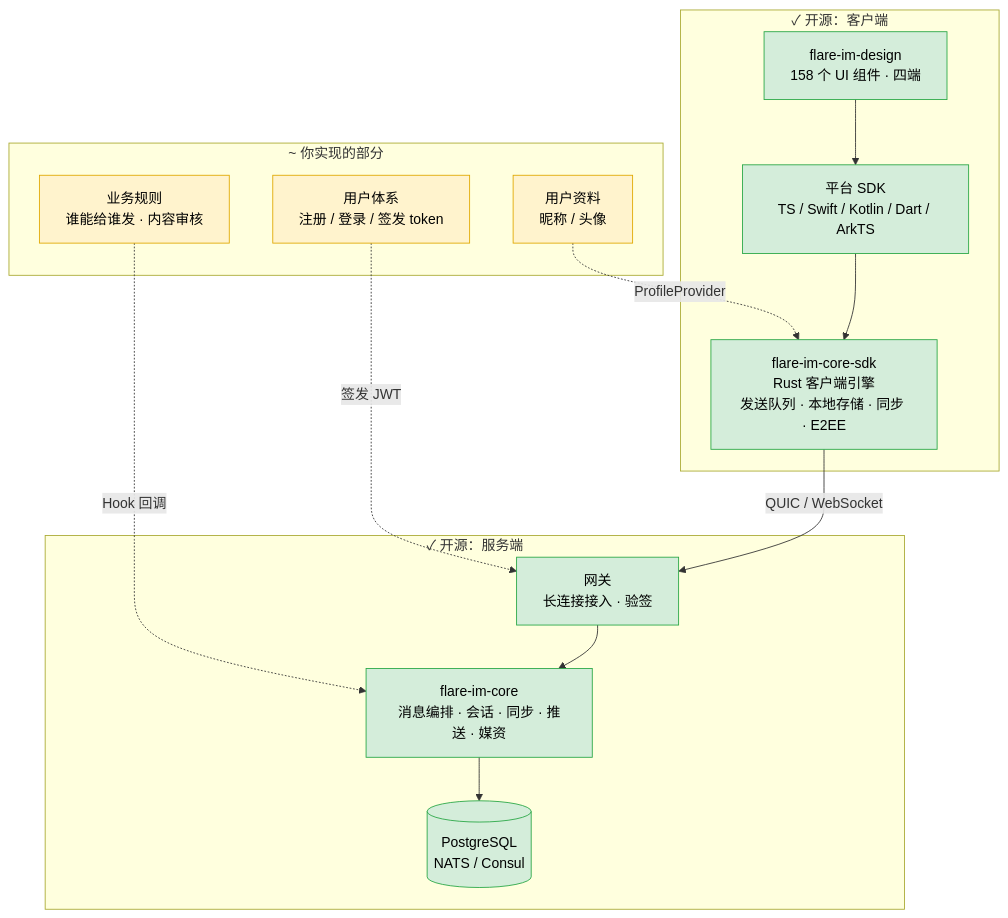
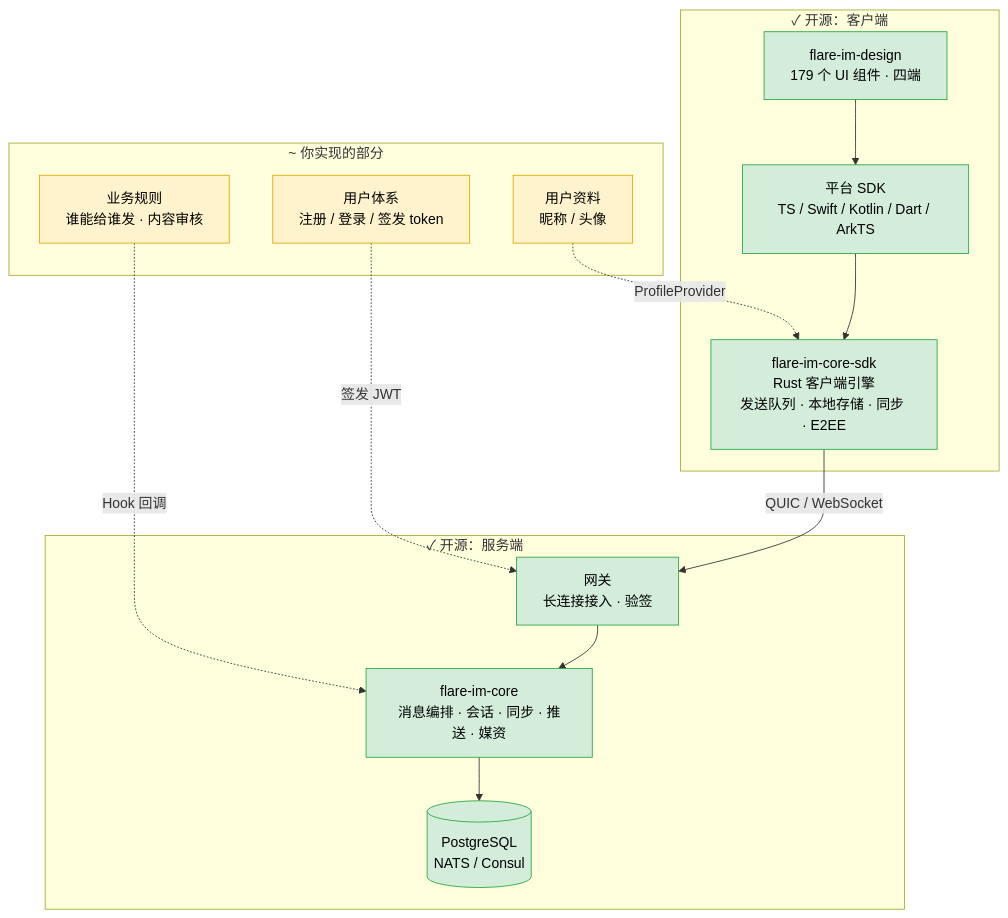
Before and after one commit to flare-im/flare-im-core-server: the first of 3 diagrams in README.zh-CN.md, drawn with Mermaid. The commit also changed other lines of this file and 2 other files, not shown here.

Commit message:
docs: count 179 UI components and keep add-on packages out of the platform count
flare-core-flutter-storage and flare-core-plugin-vue-ui are add-ons to
a platform SDK, not platforms, so the README gate now leaves them out
of the platform count. The kit has 179 components.

````diff
--- a/README.zh-CN.md
+++ b/README.zh-CN.md
@@ -67,32 +67,32 @@
 ```mermaid
 flowchart TB
     subgraph yours["~ 你实现的部分"]
         auth["用户体系<br/>注册 / 登录 / 签发 token"]
         rules["业务规则<br/>谁能给谁发 · 内容审核"]
         profile["用户资料<br/>昵称 / 头像"]
     end
 
     subgraph client["✓ 开源：客户端"]
-        ui["flare-im-design<br/>158 个 UI 组件 · 四端"]
+        ui["flare-im-design<br/>179 个 UI 组件 · 四端"]
         sdk["平台 SDK<br/>TS / Swift / Kotlin / Dart / ArkTS"]
         engine["flare-im-core-sdk<br/>Rust 客户端引擎<br/>发送队列 · 本地存储 · 同步 · E2EE"]
     end
 
     subgraph server["✓ 开源：服务端"]
         gw["网关<br/>长连接接入 · 验签"]
         core["flare-im-core<br/>消息编排 · 会话 · 同步 · 推送 · 媒资"]
         store[("PostgreSQL<br/>NATS / Consul")]
     end
 
     auth -. "签发 JWT" .-> gw
     rules -. "Hook 回调" .-> core
     profile -. "ProfileProvider" .-> engine
 
     ui --> sdk --> engine
     engine -- "QUIC / WebSocket" --> gw --> core --> store
 
     classDef mine fill:#FFF3CD,stroke:#E0A800,color:#000
     classDef oss fill:#D4EDDA,stroke:#28A745,color:#000
     class auth,rules,profile mine
     class ui,sdk,engine,gw,core,store oss
 ```
````
